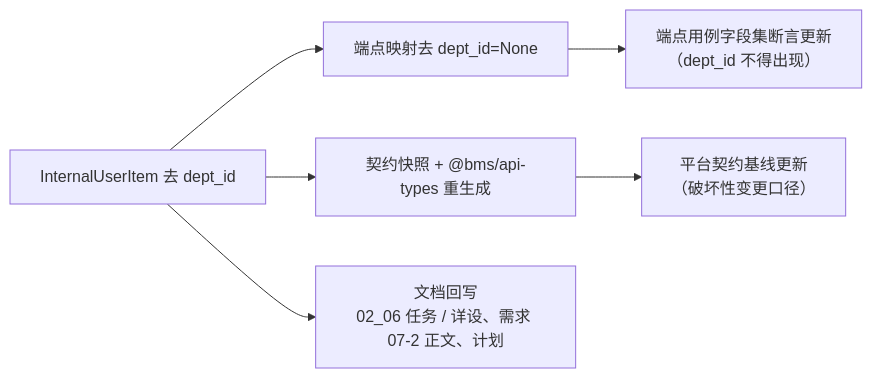
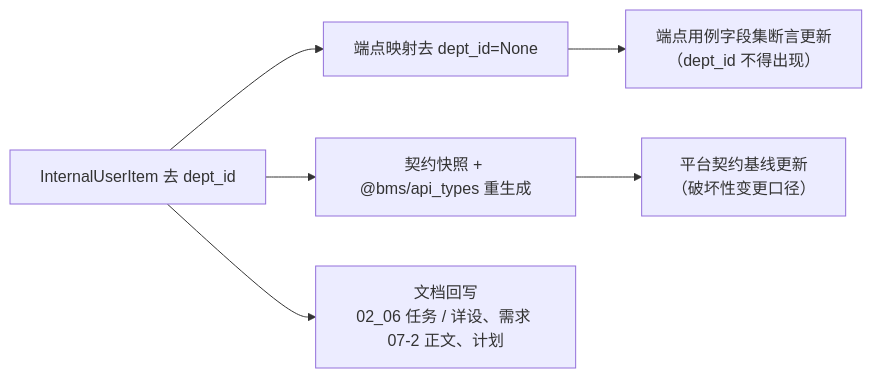
The diagram in bms文档/项目/07_RBAC基础模块/任务/02_用户与角色/02_用户与角色_01_用户完整域后端/02_用户与角色_01_用户完整域后端_01_平台用户只读出口字段收口/设计/01_详细设计_01_平台用户只读出口字段收口.md (minjian123/basic-management-system), drawn with Mermaid before and after one commit. The commit also changed other lines of this file and 919 other files, not shown here.

````diff
--- a/bms文档/项目/07_RBAC基础模块/任务/02_用户与角色/02_用户与角色_01_用户完整域后端/02_用户与角色_01_用户完整域后端_01_平台用户只读出口字段收口/设计/01_详细设计_01_平台用户只读出口字段收口.md
+++ b/bms文档/项目/07_RBAC基础模块/任务/02_用户与角色/02_用户与角色_01_用户完整域后端/02_用户与角色_01_用户完整域后端_01_平台用户只读出口字段收口/设计/01_详细设计_01_平台用户只读出口字段收口.md
@@ -17,8 +17,8 @@
 ```mermaid
 flowchart LR
     A["InternalUserItem 去 dept_id"] --> B["端点映射去 dept_id=None"]
-    A --> C["契约快照 + @bms/api-types 重生成"]
+    A --> C["契约快照 + @bms/api_types 重生成"]
     C --> D["平台契约基线更新<br/>（破坏性变更口径）"]
     B --> E["端点用例字段集断言更新<br/>（dept_id 不得出现）"]
     A --> F["文档回写<br/>02_06 任务 / 详设、需求 07-2 正文、计划"]
 ```
````
